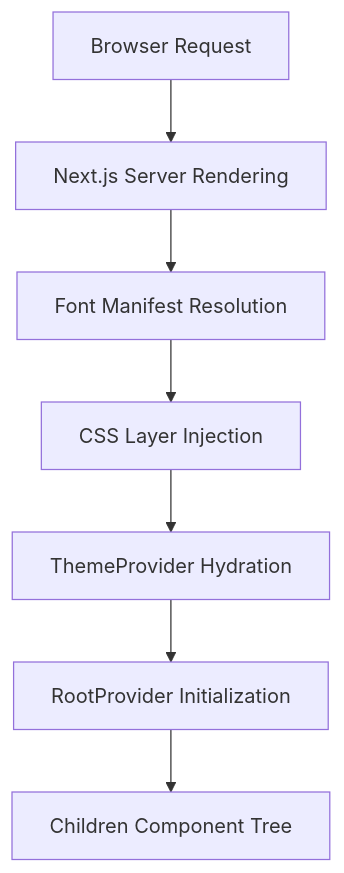
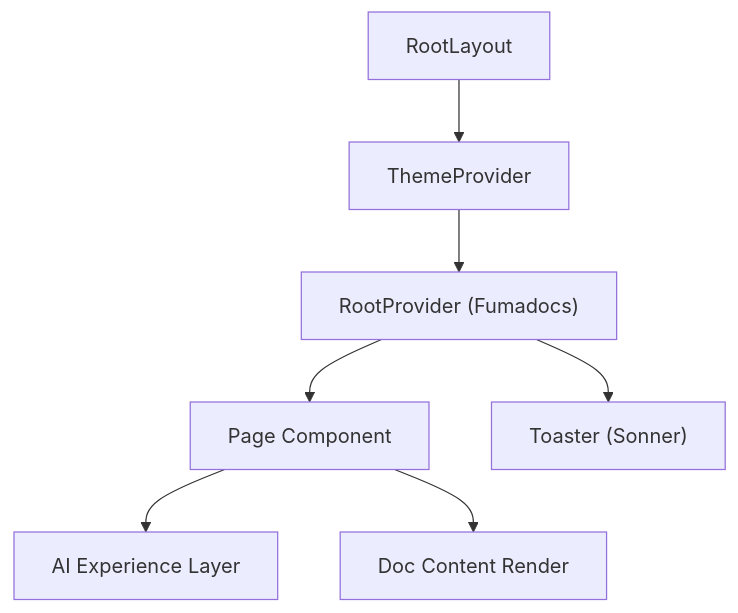
One commit to shinymacktest/gitdex-docs changed the diagram in docs/shinymack/gitdex/3_frontend-infrastructure.mdx. Above: the diagram before and after it, drawn with Mermaid. The commit also changed other lines of this file and 14 other files, not shown here.

````diff
--- a/docs/shinymack/gitdex/3_frontend-infrastructure.mdx
+++ b/docs/shinymack/gitdex/3_frontend-infrastructure.mdx
@@ -30,9 +34,9 @@
 ```mermaid
 graph TD
-    A["Browser Request"] --> B["Next.js Server Rendering"]
-    B --> C["Font Manifest Resolution"]
-    C --> D["CSS Layer Injection"]
-    D --> E["ThemeProvider Hydration"]
-    E --> F["RootProvider Initialization"]
-    F --> G["Children Component Tree"]
+    A["RootLayout"] --> B["ThemeProvider"]
+    B --> C["RootProvider (Fumadocs)"]
+    C --> D["Page Component"]
+    D --> E["AI Experience Layer"]
+    D --> F["Doc Content Render"]
+    C --> G["Toaster (Sonner)"]
 ```
````
